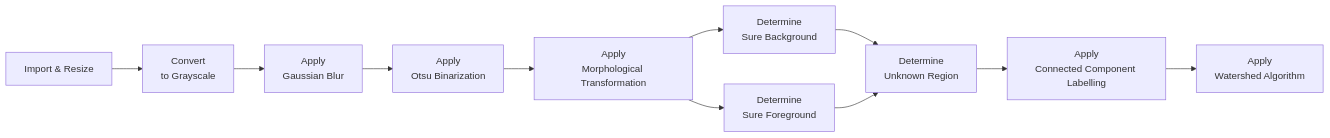
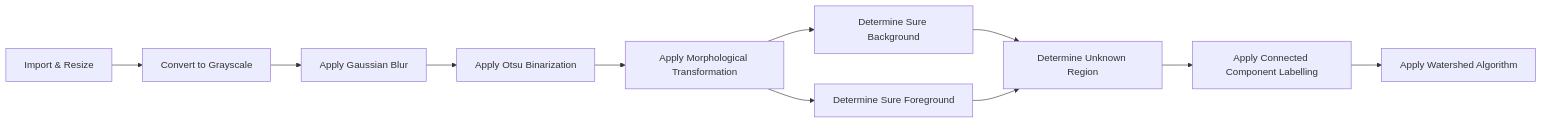
One commit to krieger1512/Bild1_Segmentation changed the first of 3 diagrams in README.md. Above: the diagram before and after it, drawn with Mermaid. The commit also changed other lines of this file and 1 other file, not shown here.

````diff
--- a/README.md
+++ b/README.md
@@ -154,25 +154,25 @@
 ```mermaid
 flowchart LR
   import_resize[Import & Resize]
 
-  convert_grayscale[Convert\nto Grayscale]
+  convert_grayscale[Convert to Grayscale]
 
-  gaussian_blur[Apply\nGaussian Blur]
+  gaussian_blur[Apply Gaussian Blur]
 
-  otsu[Apply\nOtsu Binarization]
+  otsu[Apply Otsu Binarization]
 
-  morph[Apply\nMorphological Transformation]
+  morph[Apply Morphological Transformation]
   
-  find_bg[Determine\nSure Background]
+  find_bg[Determine Sure Background]
   
-  find_fg[Determine\nSure Foreground]
+  find_fg[Determine Sure Foreground]
   
-  find_unknown[Determine\nUnknown Region]
+  find_unknown[Determine Unknown Region]
   
-  marker[Apply\nConnected Component Labelling]
+  marker[Apply Connected Component Labelling]
   
-  watershed[Apply\nWatershed Algorithm]
+  watershed[Apply Watershed Algorithm]
   
   import_resize --> convert_grayscale --> gaussian_blur --> otsu --> morph --> find_bg & find_fg --> find_unknown --> marker --> watershed
   
 ```
````
